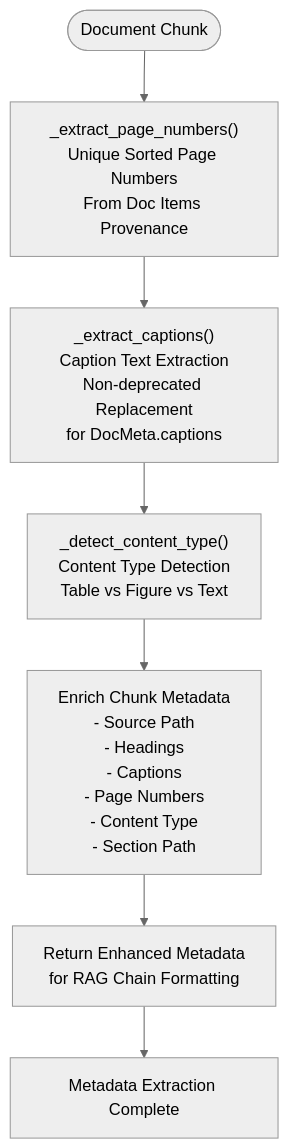
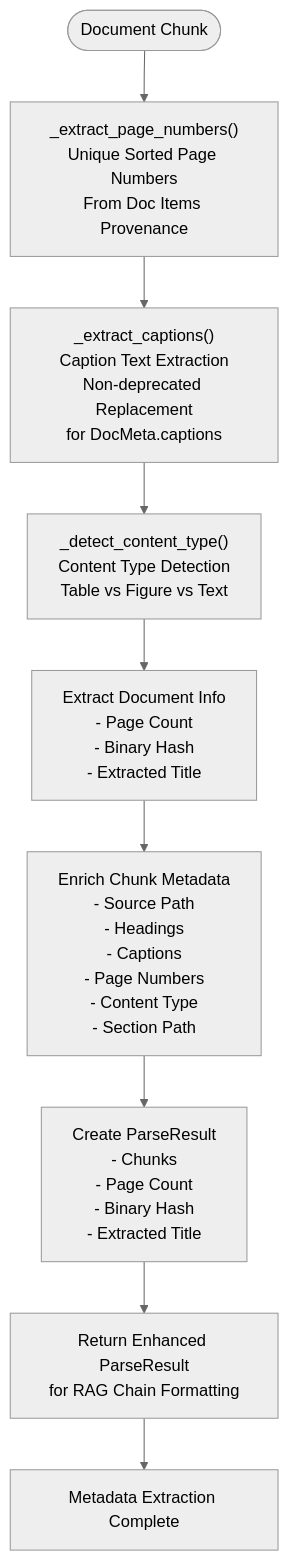
Before and after one commit to ognelis/cafetera_hr_bot: the fifth of 13 diagrams in .qoder/repowiki/en/content/RAG Integration/RAG Parser Enhancement.md, drawn with Mermaid (neutral theme). The commit also changed other lines of this file and 9 other files, not shown here.

````diff
--- a/.qoder/repowiki/en/content/RAG Integration/RAG Parser Enhancement.md
+++ b/.qoder/repowiki/en/content/RAG Integration/RAG Parser Enhancement.md
@@ -261,9 +326,11 @@
 ```mermaid
 flowchart TD
 Start(["Document Chunk"]) --> ExtractPageNumbers["_extract_page_numbers()<br/>Unique Sorted Page Numbers<br/>From Doc Items Provenance"]
 ExtractPageNumbers --> ExtractCaptions["_extract_captions()<br/>Caption Text Extraction<br/>Non-deprecated Replacement<br/>for DocMeta.captions"]
 ExtractCaptions --> DetectContentType["_detect_content_type()<br/>Content Type Detection<br/>Table vs Figure vs Text"]
-DetectContentType --> EnrichMetadata["Enrich Chunk Metadata<br/>- Source Path<br/>- Headings<br/>- Captions<br/>- Page Numbers<br/>- Content Type<br/>- Section Path"]
-EnrichMetadata --> ReturnMetadata["Return Enhanced Metadata<br/>for RAG Chain Formatting"]
-ReturnMetadata --> Complete["Metadata Extraction Complete"]
+DetectContentType --> ExtractDocumentInfo["Extract Document Info<br/>- Page Count<br/>- Binary Hash<br/>- Extracted Title"]
+ExtractDocumentInfo --> EnrichMetadata["Enrich Chunk Metadata<br/>- Source Path<br/>- Headings<br/>- Captions<br/>- Page Numbers<br/>- Content Type<br/>- Section Path"]
+EnrichMetadata --> CreateParseResult["Create ParseResult<br/>- Chunks<br/>- Page Count<br/>- Binary Hash<br/>- Extracted Title"]
+CreateParseResult --> ReturnParseResult["Return Enhanced ParseResult<br/>for RAG Chain Formatting"]
+ReturnParseResult --> Complete["Metadata Extraction Complete"]
 ```
````
